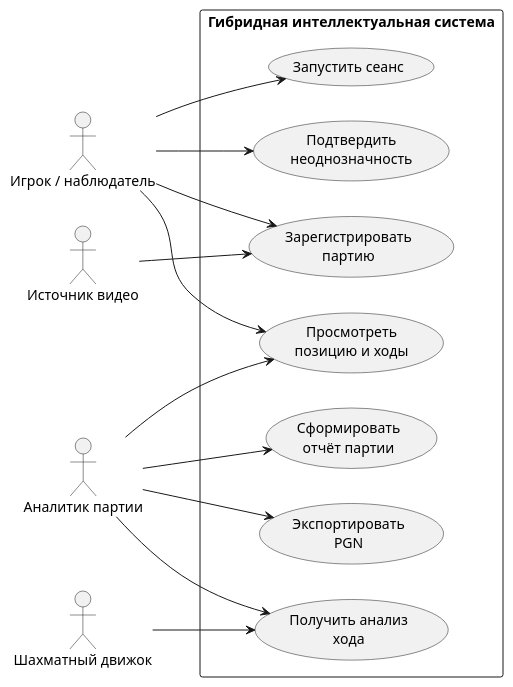
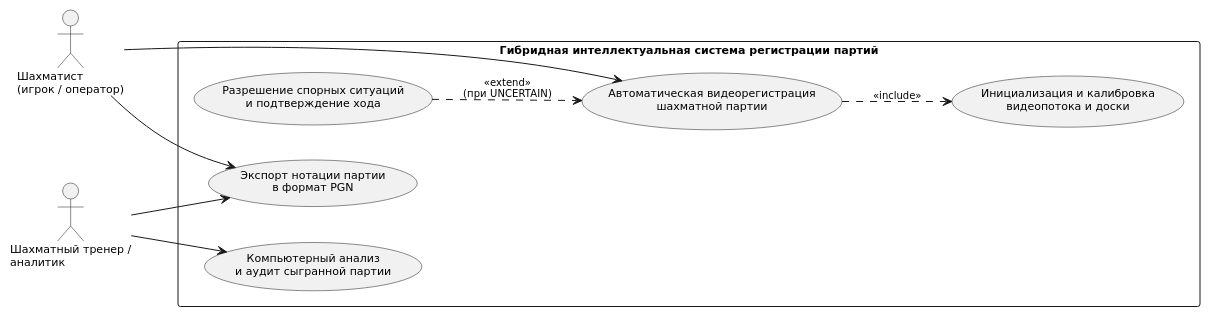
One commit to Ectrald/Chess-game-recording-system changed the diagram in explanatory note/picture/design_figures/use_case.puml. Above: the diagram before and after it, drawn with PlantUML. The commit also changed 37 other files, not shown here.

```diff
--- a/explanatory note/picture/design_figures/use_case.puml
+++ b/explanatory note/picture/design_figures/use_case.puml
@@ -1,29 +1,34 @@
 @startuml
 skinparam monochrome true
 skinparam shadowing false
 skinparam backgroundColor white
+skinparam packageStyle rectangle
+skinparam defaultFontName "DejaVu Sans"
+skinparam defaultFontSize 11
+skinparam ArrowFontSize 10
+skinparam UsecaseFontSize 11
+skinparam ActorFontSize 11
+
 left to right direction
-actor "Игрок / наблюдатель" as Player
-actor "Аналитик партии" as Analyst
-actor "Источник видео" as Camera
-actor "Шахматный движок" as Engine
-rectangle "Гибридная интеллектуальная система" {
-  usecase "Запустить сеанс" as UC1
-  usecase "Зарегистрировать\nпартию" as UC2
-  usecase "Просмотреть\nпозицию и ходы" as UC3
-  usecase "Подтвердить\nнеоднозначность" as UC4
-  usecase "Получить анализ\nхода" as UC5
-  usecase "Сформировать\nотчёт партии" as UC6
-  usecase "Экспортировать\nPGN" as UC7
+
+actor "Шахматист\n(игрок / оператор)" as Player
+actor "Шахматный тренер /\nаналитик" as Analyst
+
+rectangle "Гибридная интеллектуальная система регистрации партий" {
+  usecase "Автоматическая видеорегистрация\nшахматной партии" as UC_Record
+  usecase "Инициализация и калибровка\nвидеопотока и доски" as UC_Calib
+  usecase "Разрешение спорных ситуаций\nи подтверждение хода" as UC_Resolve
+  usecase "Компьютерный анализ\nи аудит сыгранной партии" as UC_Analyze
+  usecase "Экспорт нотации партии\nв формат PGN" as UC_Export
 }
-Player --> UC1
-Player --> UC2
-Player --> UC3
-Player --> UC4
-Analyst --> UC3
-Analyst --> UC5
-Analyst --> UC6
-Analyst --> UC7
-Camera --> UC2
-Engine --> UC5
+
+Player --> UC_Record
+Player --> UC_Export
+
+Analyst --> UC_Analyze
+Analyst --> UC_Export
+
+UC_Record ..> UC_Calib : <<include>>
+UC_Resolve ..> UC_Record : <<extend>>\n(при UNCERTAIN)
+
 @enduml
```
